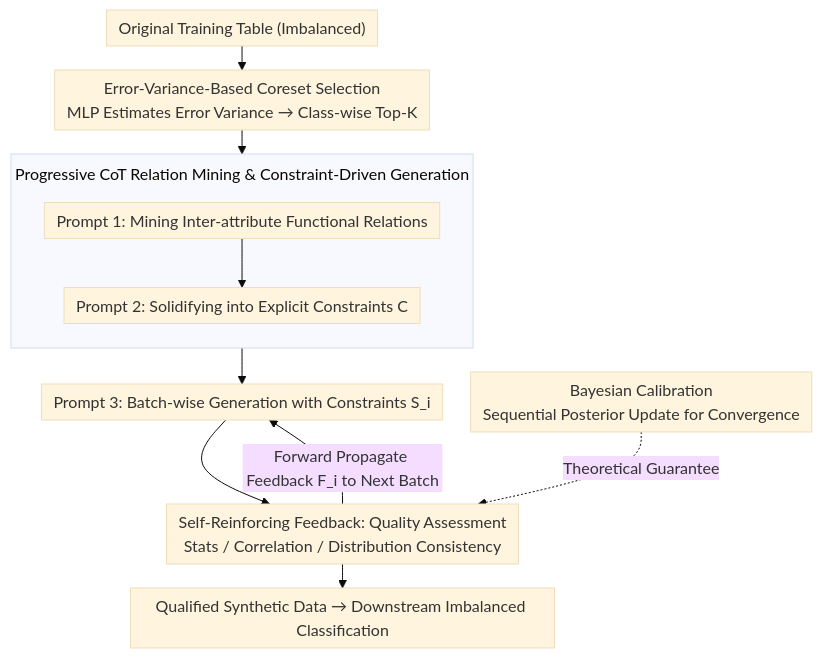
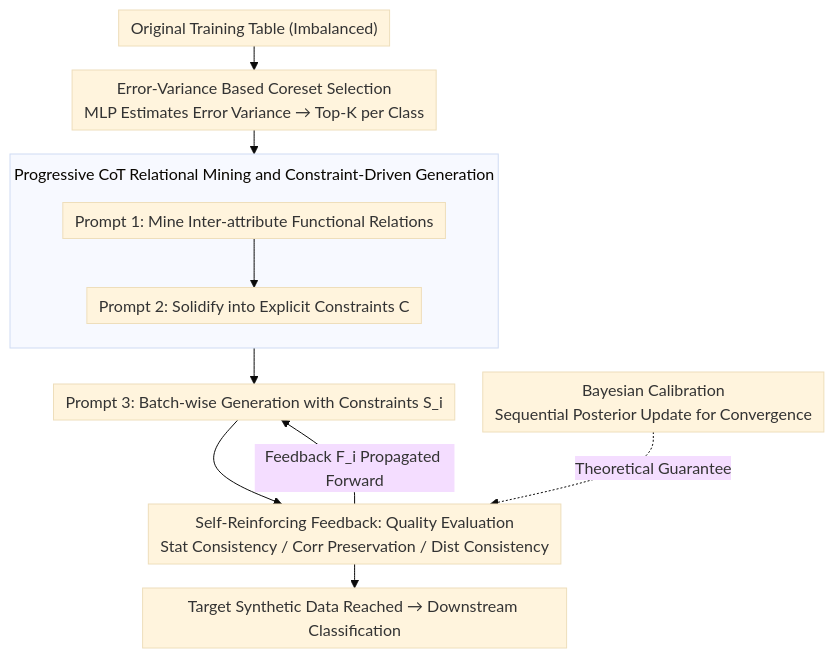
One commit to zhaoyang97/Paper-Notes-en changed the diagram in docs/ACL2026/llm_reasoning/self-reinforcing_controllable_synthesis_of_rare_relational_data_via_bayesian_cal.md. Above: the diagram before and after it, drawn with Mermaid (base theme). The commit also changed other lines of this file and 5084 other files, not shown here.

````diff
--- a/docs/ACL2026/llm_reasoning/self-reinforcing_controllable_synthesis_of_rare_relational_data_via_bayesian_cal.md
+++ b/docs/ACL2026/llm_reasoning/self-reinforcing_controllable_synthesis_of_rare_relational_data_via_bayesian_cal.md
@@ -42,15 +42,16 @@
 ```mermaid
 %%{init: {'flowchart': {'rankSpacing': 24, 'nodeSpacing': 28, 'padding': 6, 'wrappingWidth': 400, 'subGraphTitleMargin': {'top': 8, 'bottom': 16}}}}%%
 flowchart TD
-    A["Original Training Table (Imbalanced)"] --> B["Error-Variance-Based Coreset Selection<br/>MLP Estimates Error Variance → Class-wise Top-K"]
-    subgraph REL["Progressive CoT Relation Mining & Constraint-Driven Generation"]
+    A["Original Training Table (Imbalanced)"] --> B["Error-Variance Based Coreset Selection<br/>MLP Estimates Error Variance → Top-K per Class"]
+    subgraph REL["Progressive CoT Relational Mining and Constraint-Driven Generation"]
         direction TB
-        C["Prompt 1: Mining Inter-attribute Functional Relations"] --> D["Prompt 2: Solidifying into Explicit Constraints C"]
+        C["Prompt 1: Mine Inter-attribute Functional Relations"] --> D["Prompt 2: Solidify into Explicit Constraints C"]
     end
     B --> C
     D --> E["Prompt 3: Batch-wise Generation with Constraints S_i"]
-    E --> F["Self-Reinforcing Feedback: Quality Assessment<br/>Stats / Correlation / Distribution Consistency"]
-    F -->|"Forward Propagate Feedback F_i to Next Batch"| E
-    F --> G["Qualified Synthetic Data → Downstream Imbalanced Classification"]
+    F["Self-Reinforcing Feedback: Quality Evaluation<br/>Stat Consistency / Corr Preservation / Dist Consistency"]
+    E --> F
+    F -->|"Feedback F_i Propagated Forward"| E
+    F --> G["Target Synthetic Data Reached → Downstream Classification"]
     H["Bayesian Calibration<br/>Sequential Posterior Update for Convergence"] -.->|"Theoretical Guarantee"| F
 ```
````
